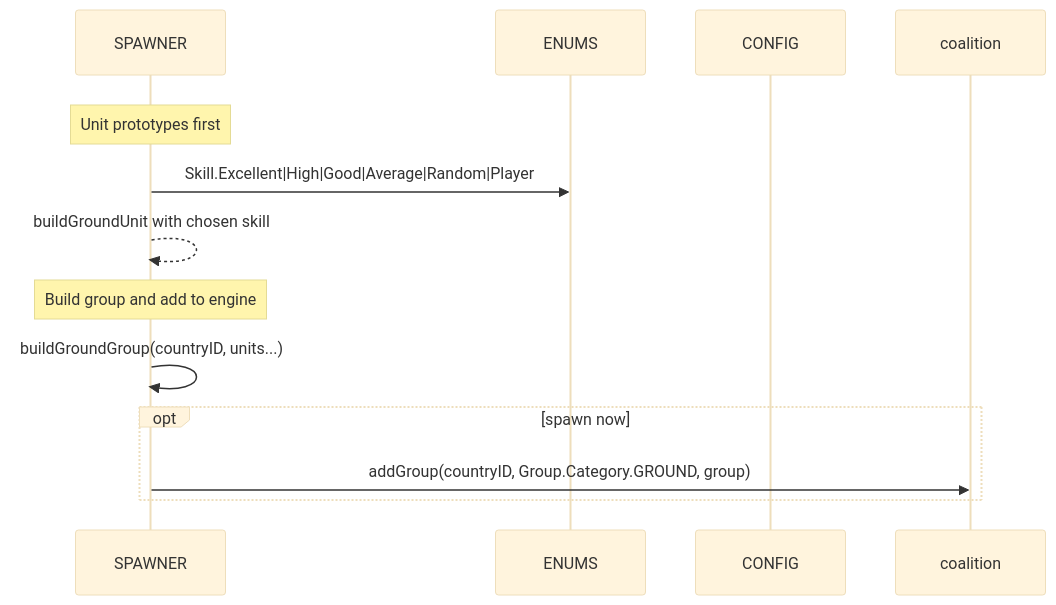
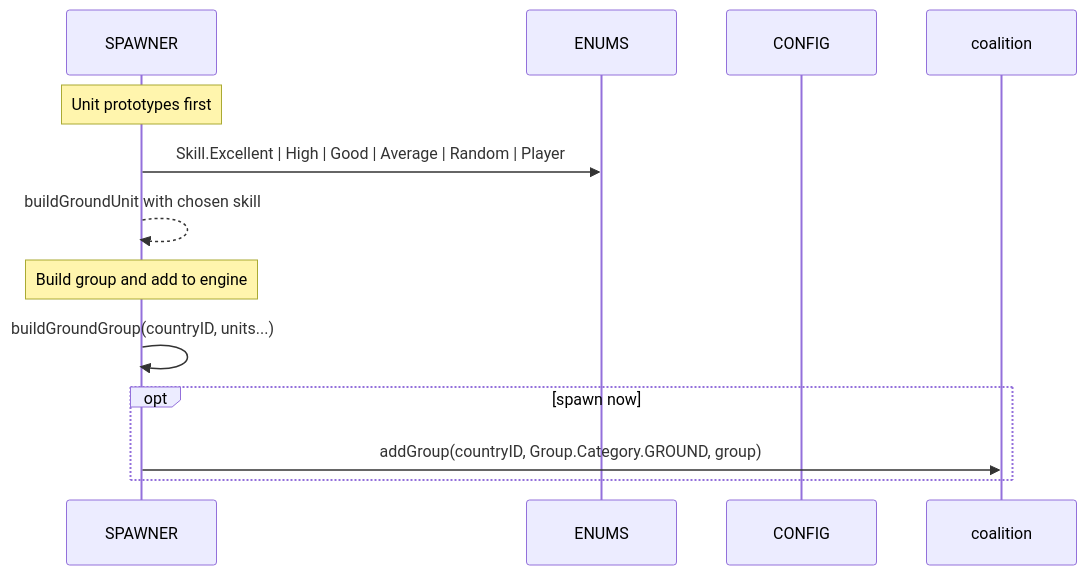
Before and after one commit to Gh0st352/AETHR: the second of 3 diagrams in docs/enums/countries_and_skill.md, drawn with Mermaid. The commit also changed other lines of this file and 7 other files, not shown here.

First line of the commit message:
docs(enums): normalize Mermaid labels and formatting

````diff
--- a/docs/enums/countries_and_skill.md
+++ b/docs/enums/countries_and_skill.md
@@ -84,20 +69,18 @@
 ```mermaid
-%%{init: {"theme":"base"}}%%
+%% shared theme: docs/_mermaid/theme.json %%
 sequenceDiagram
   participant SP as SPAWNER
   participant EN as ENUMS
   participant CFG as CONFIG
   participant DCS as coalition
 
-  rect rgba(255, 255, 255, 0.75)
-    Note over SP: Unit prototypes first
-    SP->>EN: Skill.Excellent|High|Good|Average|Random|Player
-    SP-->>SP: buildGroundUnit with chosen skill
+  note over SP: Unit prototypes first
+  SP->>EN: Skill.Excellent | High | Good | Average | Random | Player
+  SP-->>SP: buildGroundUnit with chosen skill
 
-    Note over SP: Build group and add to engine
-    SP->>SP: buildGroundGroup(countryID, units...)
-    opt spawn now
-      SP->>DCS: addGroup(countryID, Group.Category.GROUND, group)
-    end
+  note over SP: Build group and add to engine
+  SP->>SP: buildGroundGroup(countryID, units...)
+  opt spawn now
+    SP->>DCS: addGroup(countryID, Group.Category.GROUND, group)
   end
 ```
````
